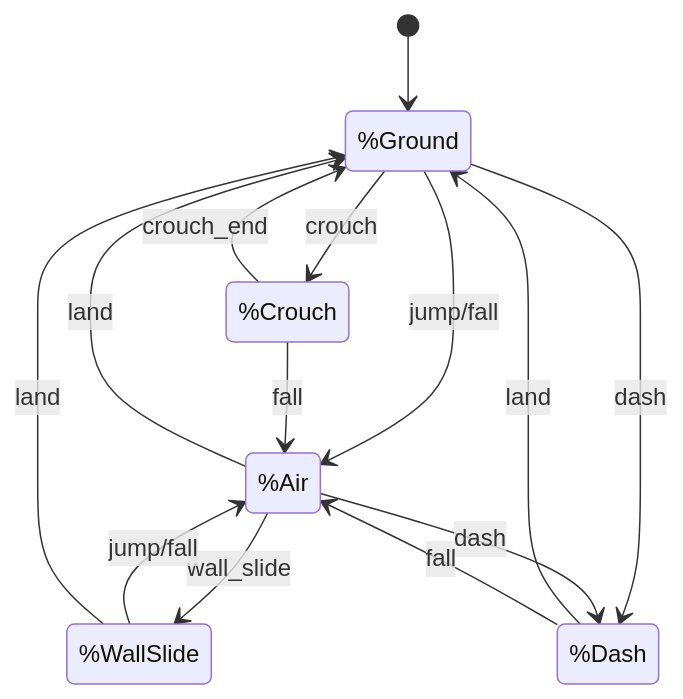
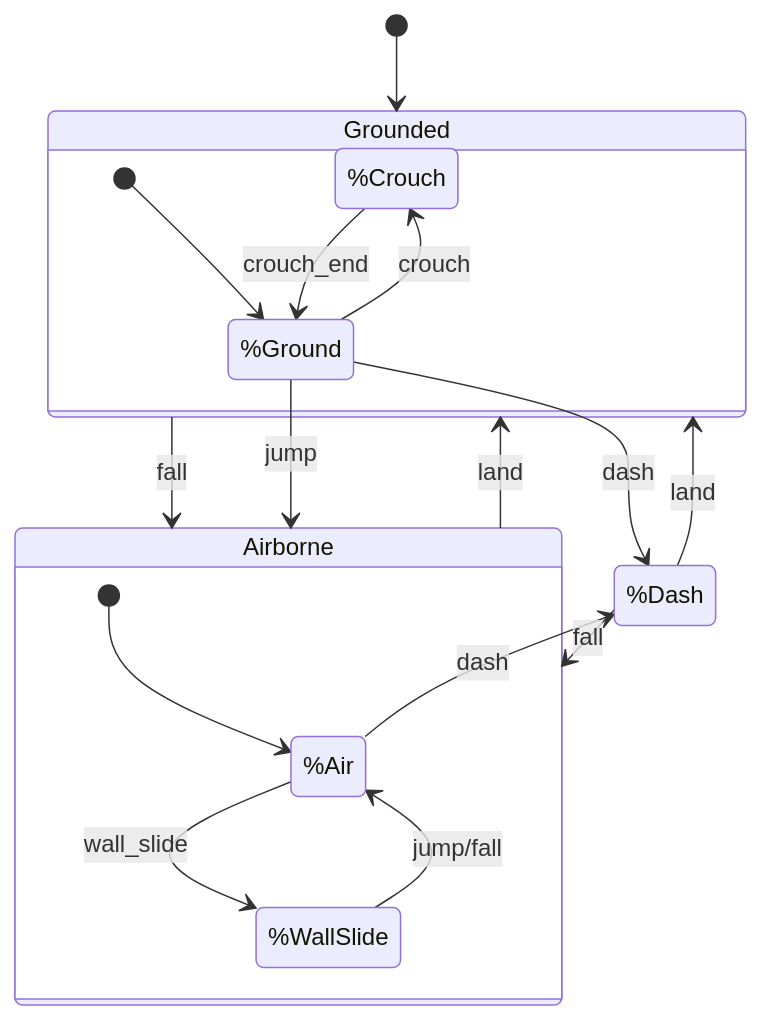
The tenth of 10 diagrams in TDD.md (sintutiers/celter-fairy-pixie-gameproject), drawn with Mermaid before and after one commit. The commit also changed other lines of this file and 2 other files, not shown here.

````diff
--- a/TDD.md
+++ b/TDD.md
@@ -503,23 +631,30 @@
 ```mermaid
 stateDiagram-v2
-    state "%Ground" as Ground
-    state "%Air" as Air
-    state "%WallSlide" as WallSlide
+    [*] --> Grounded
+
+    state Grounded {
+        state "%Ground" as Ground
+        state "%Crouch" as Crouch
+        [*] --> Ground
+        Ground --> Crouch: crouch
+        Crouch --> Ground: crouch_end
+    }
+
+    state Airborne {
+        state "%Air" as Air
+        state "%WallSlide" as WallSlide
+        [*] --> Air
+        Air --> WallSlide: wall_slide
+        WallSlide --> Air: jump/fall
+    }
+
     state "%Dash" as Dash
-    state "%Crouch" as Crouch
 
-    [*] --> Ground
-
-    Ground --> Air: jump/fall
-    Ground --> Crouch: crouch
+    Grounded --> Airborne: fall
+    Ground --> Airborne: jump
+    Airborne --> Grounded: land
     Ground --> Dash: dash
-    Air --> Ground: land
-    Air --> WallSlide: wall_slide
     Air --> Dash: dash
-    WallSlide --> Air: jump/fall
-    WallSlide --> Ground: land
-    Dash --> Ground: land
-    Dash --> Air: fall
-    Crouch --> Ground: crouch_end
-    Crouch --> Air: fall
+    Dash --> Grounded: land
+    Dash --> Airborne: fall
 ```
````
